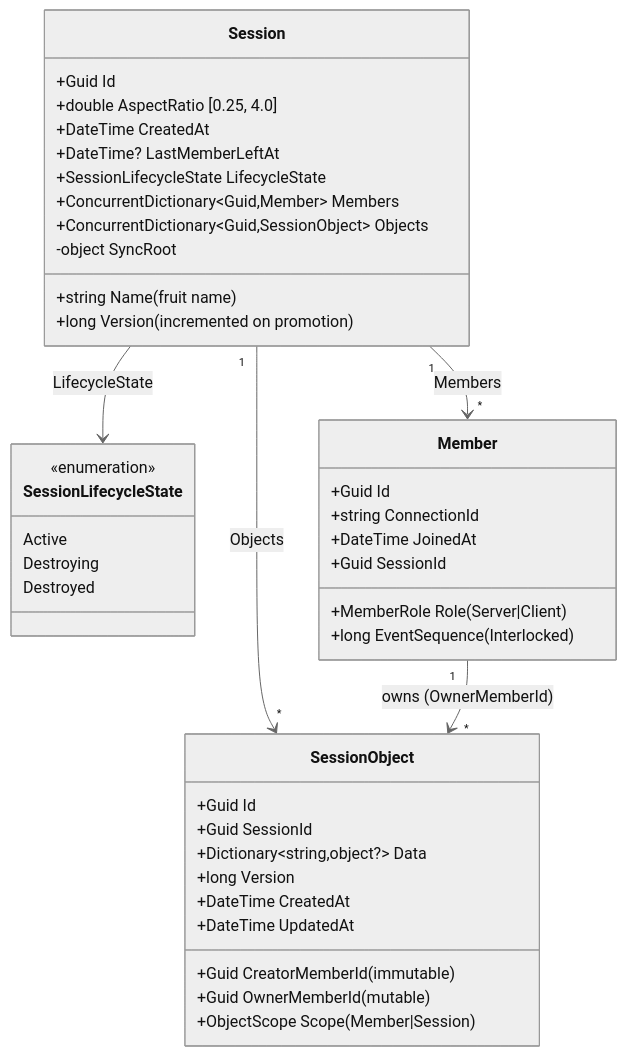
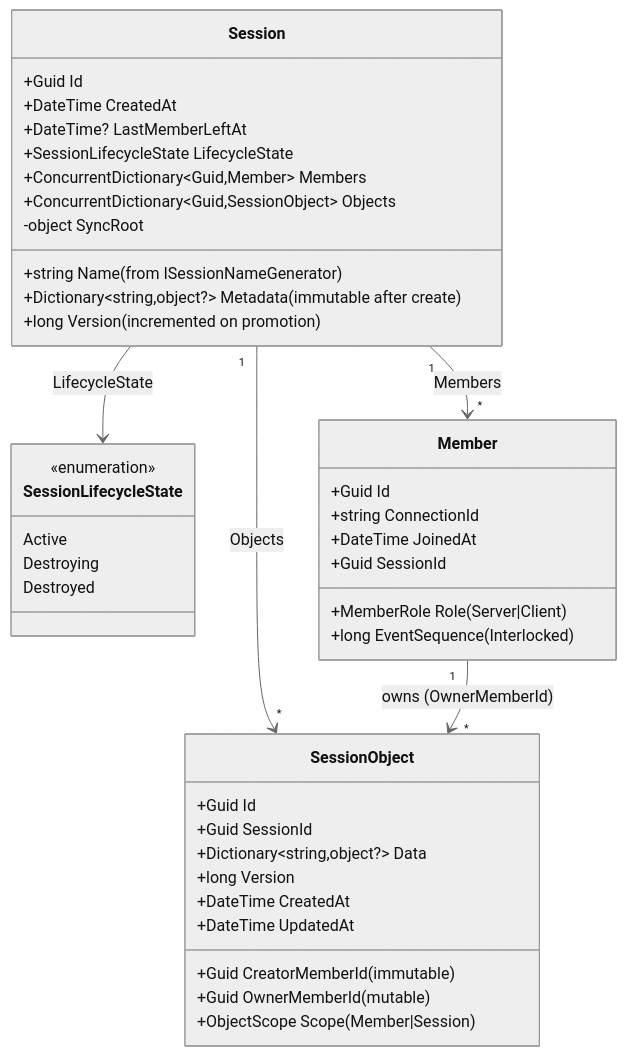
Before and after one commit to badvoidstar/asteroids: the second of 33 diagrams in ARCHITECTURE.md, drawn with Mermaid (neutral theme). The commit also changed other lines of this file, not shown here.

First line of the commit message:
docs: update ARCHITECTURE.md to current code state

````diff
--- a/ARCHITECTURE.md
+++ b/ARCHITECTURE.md
@@ -34,48 +34,48 @@
 ```mermaid
 classDiagram
     class Session {
         +Guid Id
-        +string Name (fruit name)
-        +double AspectRatio [0.25, 4.0]
+        +string Name (from ISessionNameGenerator)
+        +Dictionary~string,object?~ Metadata (immutable after create)
         +long Version (incremented on promotion)
         +DateTime CreatedAt
         +DateTime? LastMemberLeftAt
         +SessionLifecycleState LifecycleState
         +ConcurrentDictionary~Guid,Member~ Members
         +ConcurrentDictionary~Guid,SessionObject~ Objects
         -object SyncRoot
     }
 
     class SessionLifecycleState {
         <<enumeration>>
         Active
         Destroying
         Destroyed
     }
 
     class Member {
         +Guid Id
         +string ConnectionId
         +MemberRole Role (Server|Client)
         +DateTime JoinedAt
         +Guid SessionId
         +long EventSequence (Interlocked)
     }
 
     class SessionObject {
         +Guid Id
         +Guid SessionId
         +Guid CreatorMemberId (immutable)
         +Guid OwnerMemberId (mutable)
         +ObjectScope Scope (Member|Session)
         +Dictionary~string,object?~ Data
         +long Version
         +DateTime CreatedAt
         +DateTime UpdatedAt
     }
 
     Session "1" --> "*" Member : Members
     Session "1" --> "*" SessionObject : Objects
     Member "1" --> "*" SessionObject : owns (OwnerMemberId)
     Session --> SessionLifecycleState : LifecycleState
 ```
````
